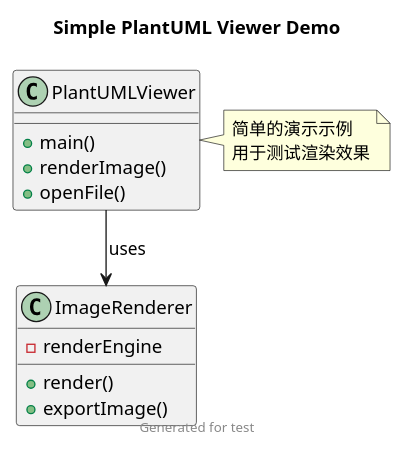
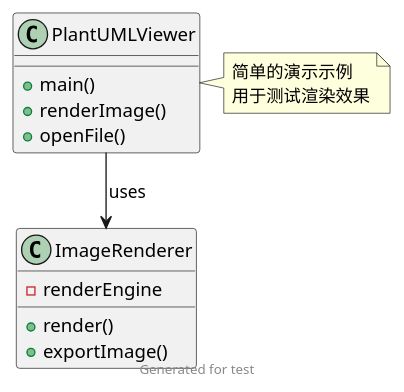
Before and after one commit to huangyingw/plantumlmacviewer_go: the diagram in simple_example.puml, drawn with PlantUML.

```diff
--- a/simple_example.puml
+++ b/simple_example.puml
@@ -1,30 +1,28 @@
 @startuml
 !pragma layout smetana
-
-title "Simple PlantUML Viewer Demo"
 
 ' 定义几个简单的类
 class PlantUMLViewer {
   + main()
   + renderImage()
   + openFile()
 }
 
 class ImageRenderer {
   - renderEngine
   + render()
   + exportImage()
 }
 
 ' 添加关系
 PlantUMLViewer --> ImageRenderer : uses >
 
 ' 添加注释
 note right of PlantUMLViewer
   简单的演示示例
   用于测试渲染效果
 end note
 
 footer Generated for test
 
 @enduml 
```
